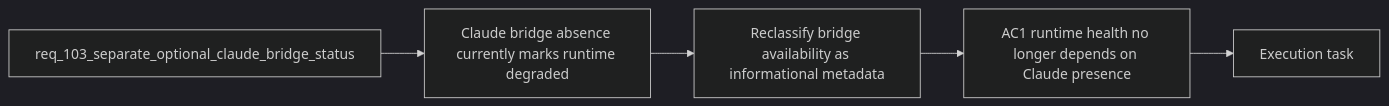
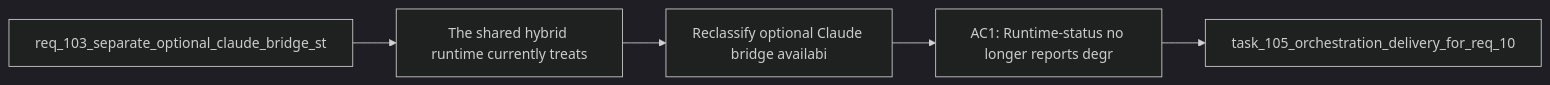
One commit to AlexAgo83/logics-manager changed the diagram in logics/backlog/item_179_reclassify_optional_claude_bridge_availability_as_non_degraded_hybrid_runtime_metadata.md. Above: the diagram before and after it, drawn with Mermaid (dark theme). The commit also changed 481 other files, not shown here.

````diff
--- a/logics/backlog/item_179_reclassify_optional_claude_bridge_availability_as_non_degraded_hybrid_runtime_metadata.md
+++ b/logics/backlog/item_179_reclassify_optional_claude_bridge_availability_as_non_degraded_hybrid_runtime_metadata.md
@@ -27,9 +27,9 @@
 ```mermaid
 %% logics-kind: backlog
 %% logics-signature: backlog|reclassify-optional-claude-bridge-availa|req-103-separate-optional-claude-bridge-|the-shared-hybrid-runtime-currently-trea|ac1-runtime-status-no-longer-reports-deg
 flowchart LR
-    Request[req_103_separate_optional_claude_bridge_status] --> Problem[Claude bridge absence currently marks runtime degraded]
-    Problem --> Scope[Reclassify bridge availability as informational metadata]
-    Scope --> Acceptance[AC1 runtime health no longer depends on Claude presence]
-    Acceptance --> Tasks[Execution task]
+    Request[req_103_separate_optional_claude_bridge_st] --> Problem[The shared hybrid runtime currently treats]
+    Problem --> Scope[Reclassify optional Claude bridge availabi]
+    Scope --> Acceptance[AC1: Runtime-status no longer reports degr]
+    Acceptance --> Tasks[task_105_orchestration_delivery_for_req_10]
 ```
````
